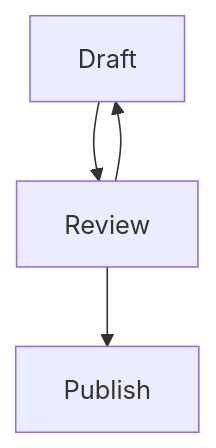
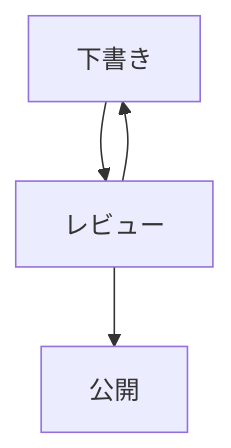
The diagram in src/content/posts/2026/2026-09-20-markdown-showcase/ja.md (ymmt2005/cfgb-example), drawn with Mermaid before and after one commit. The commit also changed other lines of this file and 1 other file, not shown here.

````diff
--- a/src/content/posts/2026/2026-09-20-markdown-showcase/ja.md
+++ b/src/content/posts/2026/2026-09-20-markdown-showcase/ja.md
@@ -61,6 +61,6 @@
 ```mermaid
 flowchart TD
-  Draft["Draft"] --> Review["Review"]
-  Review --> Publish["Publish"]
+  Draft["下書き"] --> Review["レビュー"]
+  Review --> Publish["公開"]
   Review --> Draft
 ```
````
